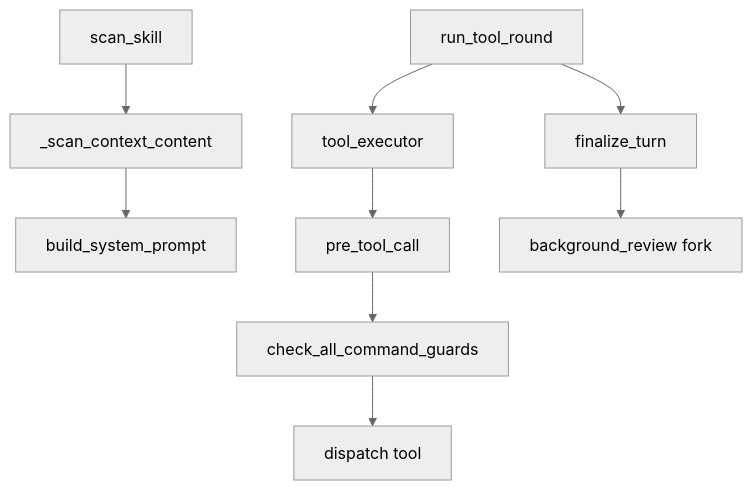
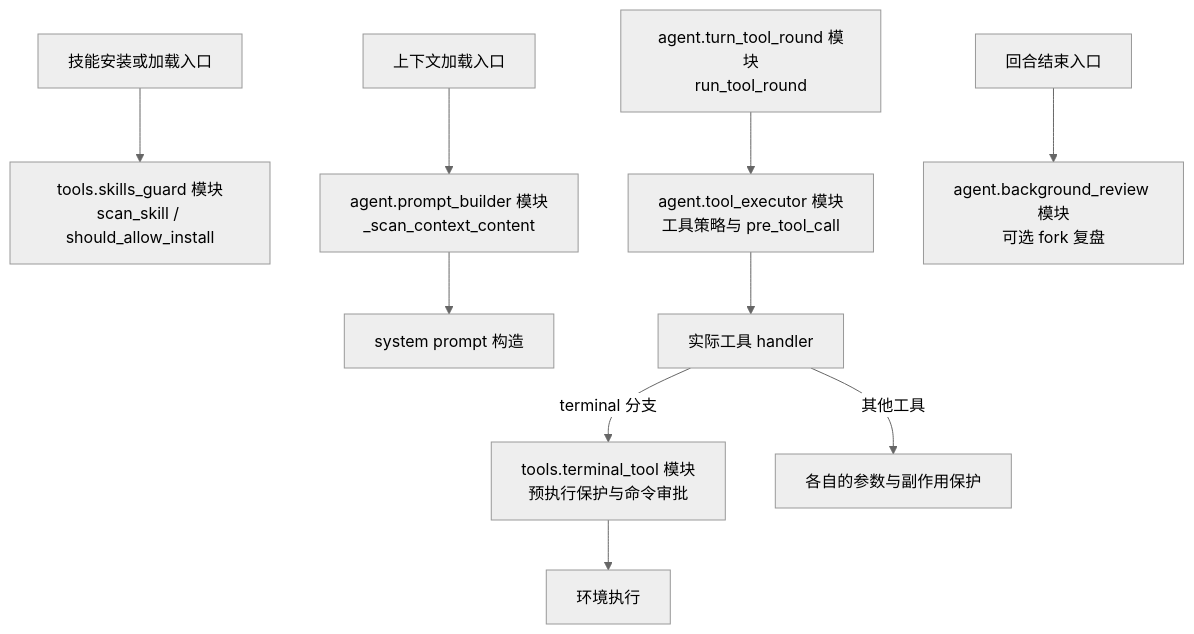
Before and after one commit to themass/agent-docs: the first of 11 diagrams in hermes/docs/volumes/08-security-and-governance.md, drawn with Mermaid (neutral theme). The commit also changed other lines of this file and 508 other files, not shown here.

````diff
--- a/hermes/docs/volumes/08-security-and-governance.md
+++ b/hermes/docs/volumes/08-security-and-governance.md
@@ -59,16 +115,12 @@
 ```mermaid
 flowchart TB
-    SK[scan_skill]
-    CX[_scan_context_content]
-    SP[build_system_prompt]
-    TR[run_tool_round]
-    EX[tool_executor]
-    PRE[pre_tool_call]
-    AP[check_all_command_guards]
-    DIS[dispatch tool]
-    BR[background_review fork]
-
-    SK --> CX --> SP
-    TR --> EX --> PRE --> AP --> DIS
-    TR --> FIN[finalize_turn] --> BR
+    SI[技能安装或加载入口] --> SK[tools.skills_guard 模块<br/>scan_skill / should_allow_install]
+    CP[上下文加载入口] --> CX[agent.prompt_builder 模块<br/>_scan_context_content]
+    CX --> SP[system prompt 构造]
+    TR[agent.turn_tool_round 模块<br/>run_tool_round] --> EX[agent.tool_executor 模块<br/>工具策略与 pre_tool_call]
+    EX --> DIS[实际工具 handler]
+    DIS -->|terminal 分支| AP[tools.terminal_tool 模块<br/>预执行保护与命令审批]
+    AP --> ENV[环境执行]
+    DIS -->|其他工具| OTHER[各自的参数与副作用保护]
+    FIN[回合结束入口] --> BR[agent.background_review 模块<br/>可选 fork 复盘]
 ```
````
